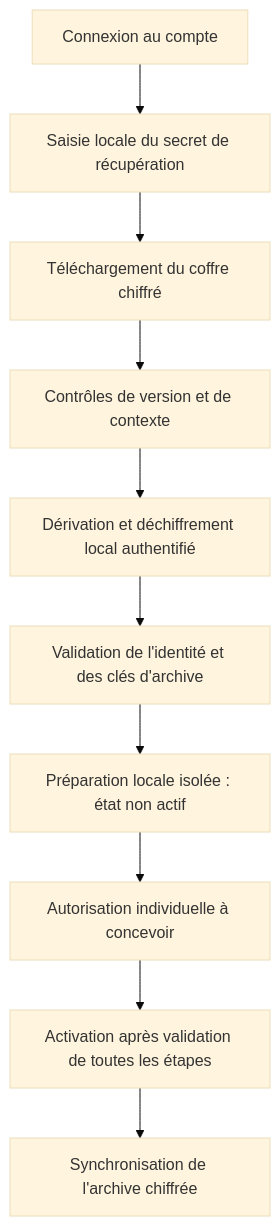
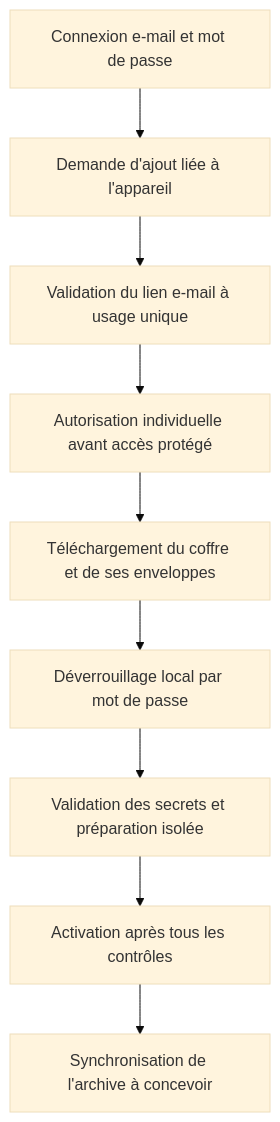
The diagram in docs/security/recovery-vault-architecture.md (ntapiaDev/bunny-talks), drawn with Mermaid (base theme) before and after one commit. The commit also changed other lines of this file and 15 other files, not shown here.

Commit message:
docs(crypto): align E2EE recovery architecture

````diff
--- a/docs/security/recovery-vault-architecture.md
+++ b/docs/security/recovery-vault-architecture.md
@@ -11,12 +11,11 @@
 ```mermaid
 flowchart TD
-    A[Connexion au compte] --> B[Saisie locale du secret de récupération]
-    B --> C[Téléchargement du coffre chiffré]
-    C --> D[Contrôles de version et de contexte]
-    D --> E[Dérivation et déchiffrement local authentifié]
-    E --> F[Validation de l'identité et des clés d'archive]
-    F --> G[Préparation locale isolée : état non actif]
-    G --> H[Autorisation individuelle à concevoir]
-    H --> I[Activation après validation de toutes les étapes]
-    I --> J[Synchronisation de l'archive chiffrée]
+    A[Connexion e-mail et mot de passe] --> B[Demande d'ajout liée à l'appareil]
+    B --> C[Validation du lien e-mail à usage unique]
+    C --> D[Autorisation individuelle avant accès protégé]
+    D --> E[Téléchargement du coffre et de ses enveloppes]
+    E --> F[Déverrouillage local par mot de passe]
+    F --> G[Validation des secrets et préparation isolée]
+    G --> H[Activation après tous les contrôles]
+    H --> I[Synchronisation de l'archive à concevoir]
 ```
````
